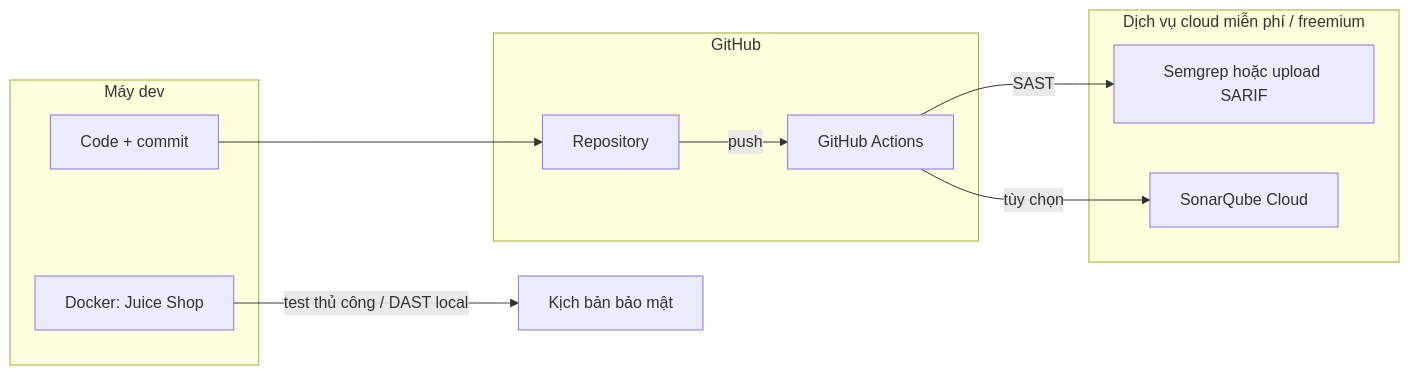
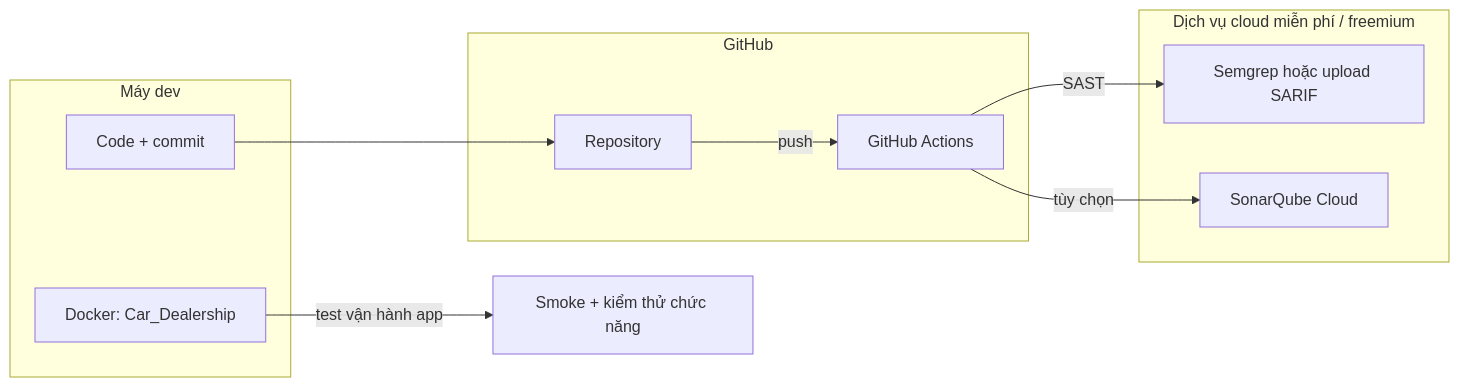
Before and after one commit to chuong-dev17/do-an-bao-mat-ci: the diagram in docs/plan-ci-cd-khong-can-server.md, drawn with Mermaid. The commit also changed other lines of this file and 691 other files, not shown here.

````diff
--- a/docs/plan-ci-cd-khong-can-server.md
+++ b/docs/plan-ci-cd-khong-can-server.md
@@ -7,20 +7,20 @@
 ```mermaid
 flowchart LR
   subgraph dev [Máy dev]
     Code[Code + commit]
-    Docker[Docker: Juice Shop]
+    Docker[Docker: Car_Dealership]
   end
   subgraph github [GitHub]
     Repo[Repository]
     Actions[GitHub Actions]
   end
   subgraph cloud [Dịch vụ cloud miễn phí / freemium]
     SemgrepCloud[Semgrep hoặc upload SARIF]
     SonarCloud[SonarQube Cloud]
   end
   Code --> Repo
   Repo -->|push| Actions
   Actions -->|SAST| SemgrepCloud
   Actions -->|tùy chọn| SonarCloud
-  Docker -->|test thủ công / DAST local| ManualTest[Kịch bản bảo mật]
+  Docker -->|test vận hành app| ManualTest[Smoke + kiểm thử chức năng]
 ```
````
